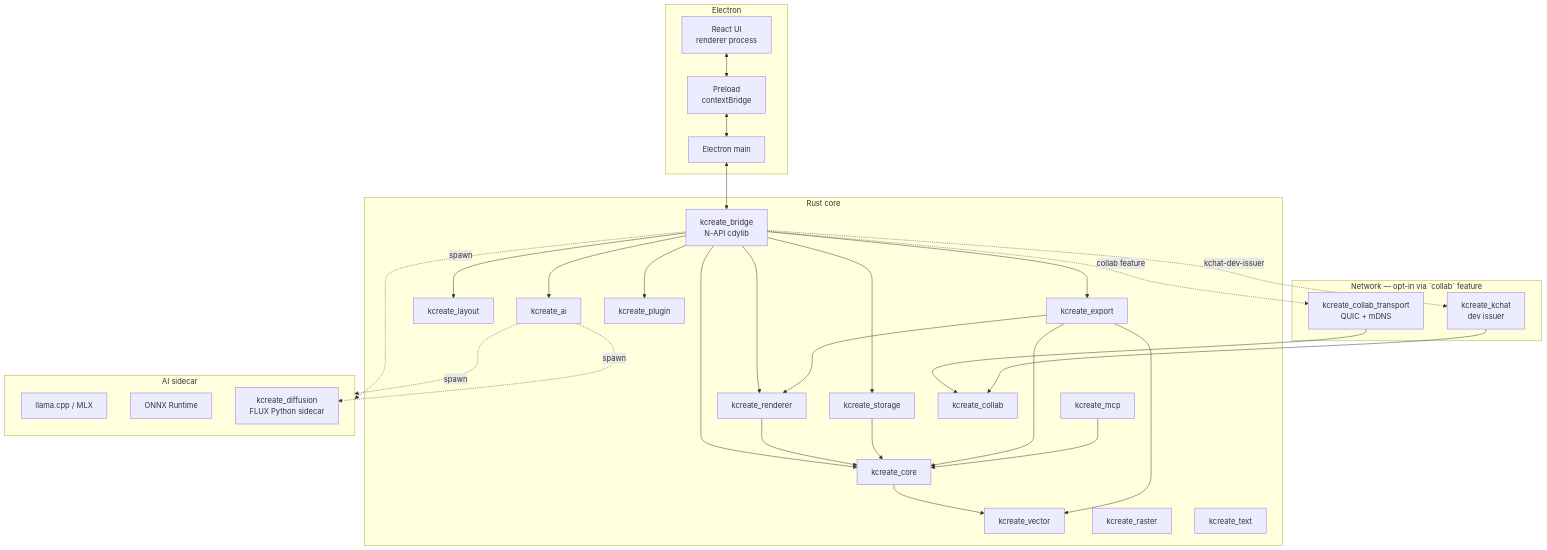
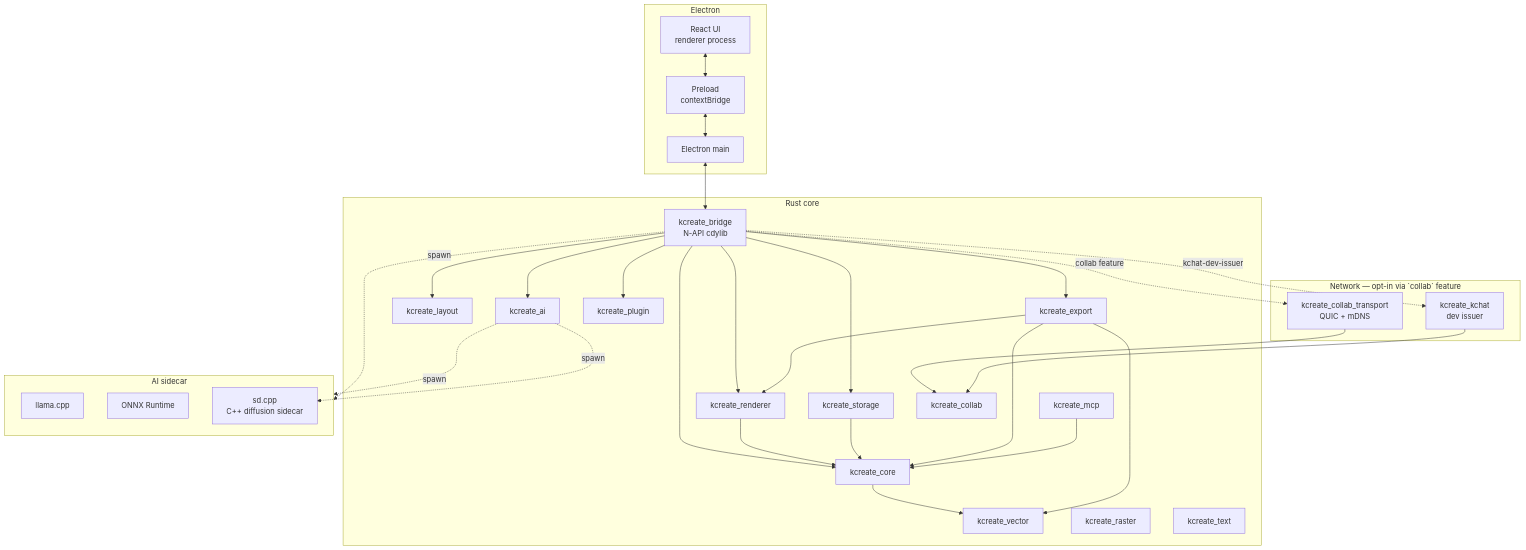
One commit to kennguy3n/KCreate changed the diagram in ARCHITECTURE.md. Above: the diagram before and after it, drawn with Mermaid. The commit also changed other lines of this file and 20 other files, not shown here.

````diff
--- a/ARCHITECTURE.md
+++ b/ARCHITECTURE.md
@@ -12,60 +12,60 @@
 ```mermaid
 flowchart TB
     subgraph electron[Electron]
         renderer[React UI<br/>renderer process]
         preload[Preload<br/>contextBridge]
         main[Electron main]
     end
 
     subgraph rust[Rust core]
         bridge[kcreate_bridge<br/>N-API cdylib]
         core[kcreate_core]
         renderer_rs[kcreate_renderer]
         storage[kcreate_storage]
         vector[kcreate_vector]
         export[kcreate_export]
         raster[kcreate_raster]
         text[kcreate_text]
         layout_rs[kcreate_layout]
         ai_rs[kcreate_ai]
         mcp_rs[kcreate_mcp]
         plugin[kcreate_plugin]
         collab[kcreate_collab]
     end
 
     subgraph network[Network — opt-in via `collab` feature]
         collab_transport[kcreate_collab_transport<br/>QUIC + mDNS]
         kchat[kcreate_kchat<br/>dev issuer]
     end
 
     subgraph ai[AI sidecar]
-        llama[llama.cpp / MLX]
+        llama[llama.cpp]
         onnx[ONNX Runtime]
-        diffusion[kcreate_diffusion<br/>FLUX Python sidecar]
+        diffusion[sd.cpp<br/>C++ diffusion sidecar]
     end
 
     renderer <--> preload
     preload <--> main
     main <--> bridge
     bridge --> core
     bridge --> renderer_rs
     bridge --> storage
     bridge --> export
     bridge --> ai_rs
     bridge --> layout_rs
     bridge --> plugin
     bridge -. collab feature .-> collab_transport
     bridge -. kchat-dev-issuer .-> kchat
     collab_transport --> collab
     kchat --> collab
     core --> vector
     renderer_rs --> core
     storage --> core
     export --> core
     export --> renderer_rs
     export --> vector
     mcp_rs --> core
     bridge -. spawn .-> ai
     ai_rs -. spawn .-> ai
     ai_rs -. spawn .-> diffusion
 ```
````
